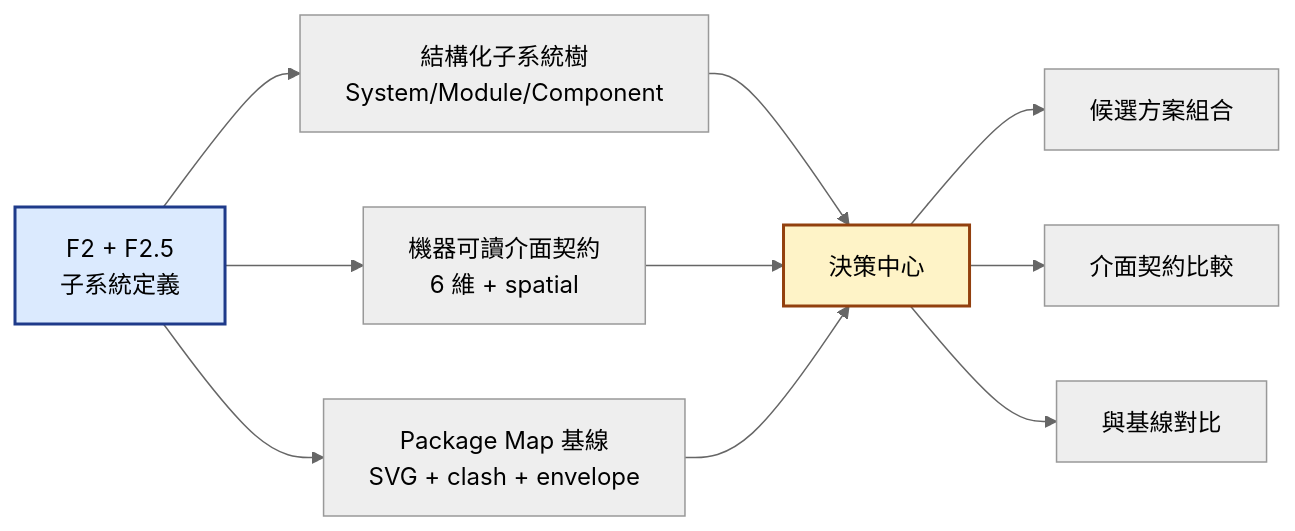
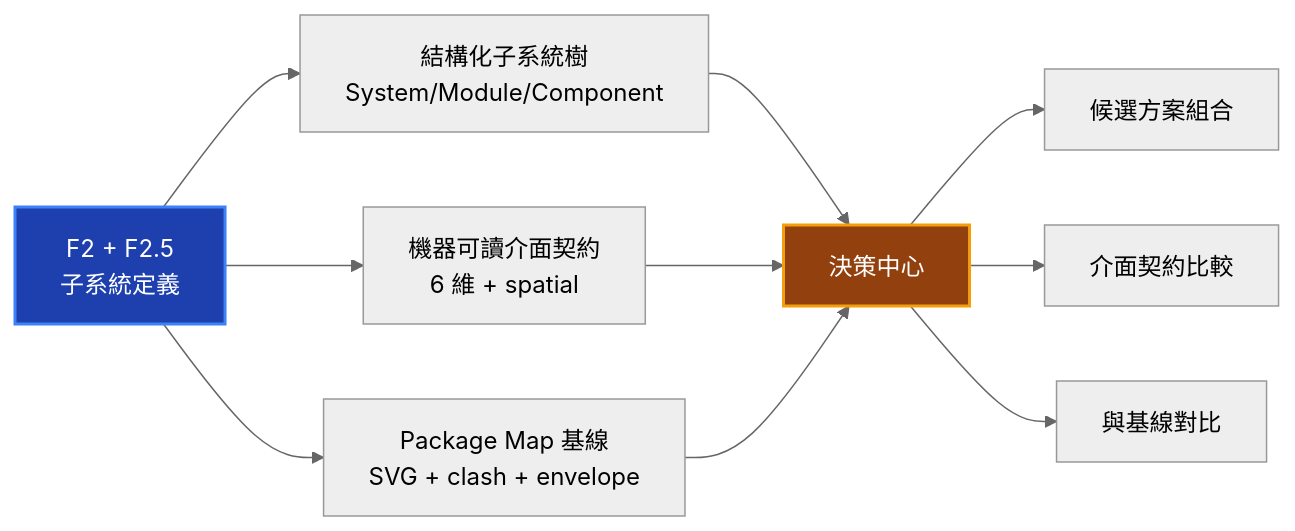
One commit to Zenobia0000/RD_copilot_system changed diagram 22 of 26 in docs/01-define/diagrams/appendix-a--forward-subsystem-discovery.md. Above: the diagram before and after it, drawn with Mermaid. The commit also changed other lines of this file and 10 other files, not shown here.

First line of the commit message:
docs(diagrams): Gate 審計修復 + diagrams 缺失補齊 + Mermaid 暗色配色

````diff
--- a/docs/01-define/diagrams/appendix-a--forward-subsystem-discovery.md
+++ b/docs/01-define/diagrams/appendix-a--forward-subsystem-discovery.md
@@ -984,18 +984,18 @@
 ```mermaid
 %%{init: {'theme': 'neutral'}}%%
 graph LR
     F2[F2 + F2.5<br/>子系統定義] --> A[結構化子系統樹<br/>System/Module/Component]
     F2 --> B[機器可讀介面契約<br/>6 維 + spatial]
     F2 --> C[Package Map 基線<br/>SVG + clash + envelope]
 
     A --> DH[決策中心]
     B --> DH
     C --> DH
 
     DH --> D[候選方案組合]
     DH --> E[介面契約比較]
     DH --> Cmp[與基線對比]
 
-    style F2 fill:#dbeafe,stroke:#1e3a8a,stroke-width:2px,color:#000
-    style DH fill:#fef3c7,stroke:#92400e,stroke-width:2px,color:#000
+    style F2 fill:#1E40AF,color:#fff,stroke:#3B82F6,stroke-width:2px
+    style DH fill:#92400E,color:#fff,stroke:#F59E0B,stroke-width:2px
 ```
````
